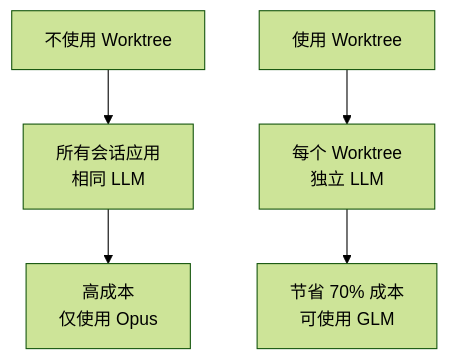
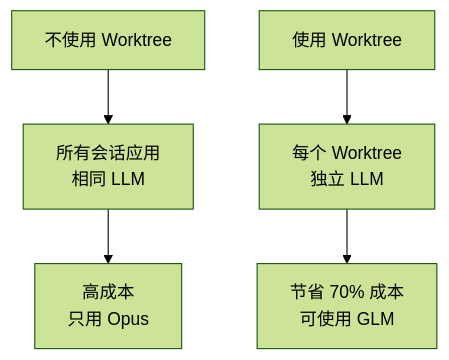
The second of 9 diagrams in docs-site/content/zh/worktree/faq.md (modu-ai/moai-adk), drawn with Mermaid (forest theme) before and after one commit. The commit also changed other lines of this file and 395 other files, not shown here.

````diff
--- a/docs-site/content/zh/worktree/faq.md
+++ b/docs-site/content/zh/worktree/faq.md
@@ -68,8 +68,8 @@
 ```mermaid
-flowchart TD
+graph TB
     A[不使用 Worktree] --> B[所有会话应用<br/>相同 LLM]
-    B --> C[高成本<br/>仅使用 Opus]
+    B --> C[高成本<br/>只用 Opus]
 
     D[使用 Worktree] --> E[每个 Worktree<br/>独立 LLM]
     E --> F[节省 70% 成本<br/>可使用 GLM]
 ```
````
